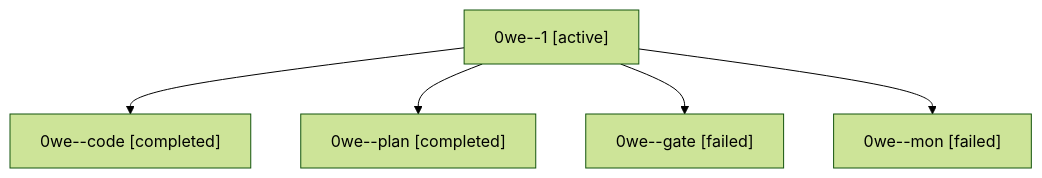
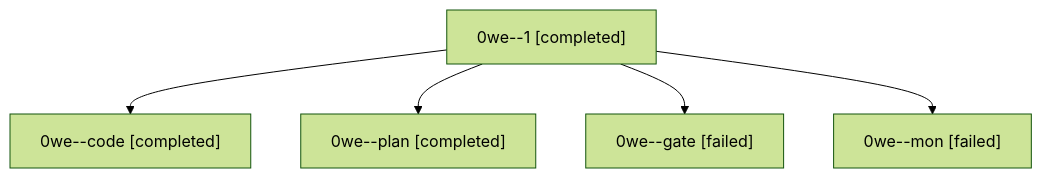
The diagram in sessions/bbugyi200.athena.0we.md (bobs-org/bob-cli--agents), drawn with Mermaid (forest theme) before and after one commit. The commit also changed other lines of this file and 49 other files, not shown here.

````diff
--- a/sessions/bbugyi200.athena.0we.md
+++ b/sessions/bbugyi200.athena.0we.md
@@ -9,12 +9,12 @@
 ```mermaid
 flowchart TD
-  n0["0we--1 [active]"]
+  n0["0we--1 [completed]"]
   n1["0we--code [completed]"]
   n0 --> n1
   n2["0we--plan [completed]"]
   n0 --> n2
   n3["0we--gate [failed]"]
   n0 --> n3
   n4["0we--mon [failed]"]
   n0 --> n4
 ```
````
